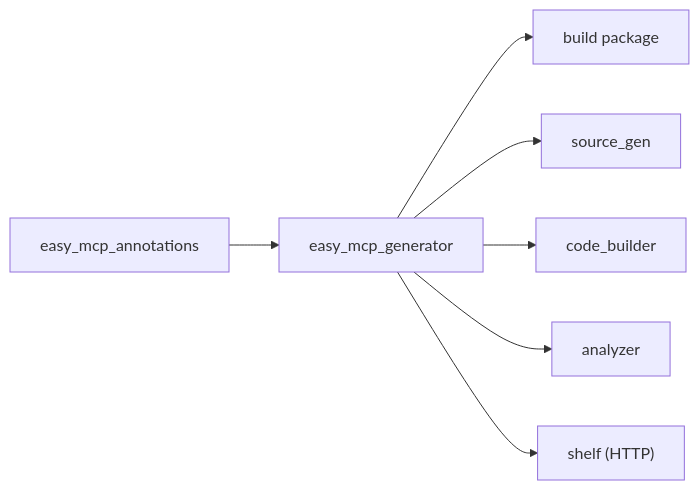
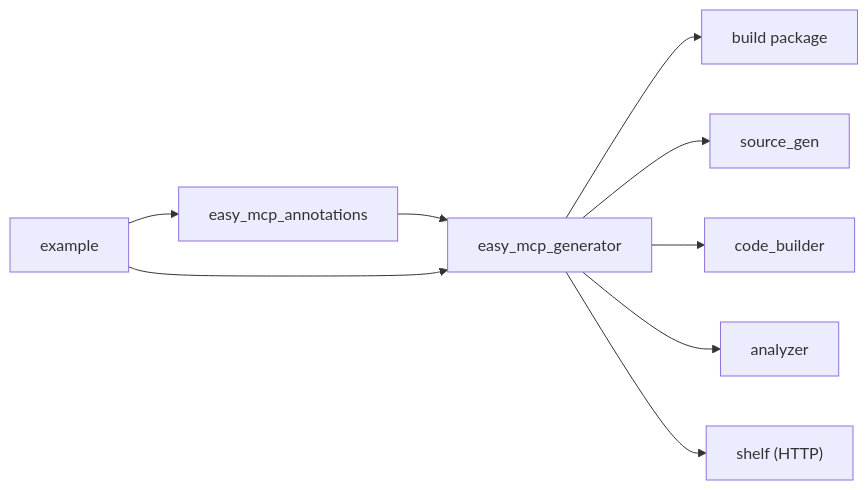
Before and after one commit to cdavis-code/easy_mcp_workspace: the sixth of 6 diagrams in .qoder/repowiki/en/content/Core Concepts/Model Context Protocol Fundamentals.md, drawn with Mermaid. The commit also changed other lines of this file and 14 other files, not shown here.

````diff
--- a/.qoder/repowiki/en/content/Core Concepts/Model Context Protocol Fundamentals.md
+++ b/.qoder/repowiki/en/content/Core Concepts/Model Context Protocol Fundamentals.md
@@ -265,9 +289,11 @@
 ```mermaid
 graph LR
 ANNOT["easy_mcp_annotations"] --> GEN["easy_mcp_generator"]
 GEN --> BUILD["build package"]
 GEN --> SRCGEN["source_gen"]
 GEN --> CODEBUILDER["code_builder"]
 GEN --> ANALYZER["analyzer"]
 GEN --> SHELF["shelf (HTTP)"]
+EX["example"] --> ANNOT
+EX --> GEN
 ```
````
